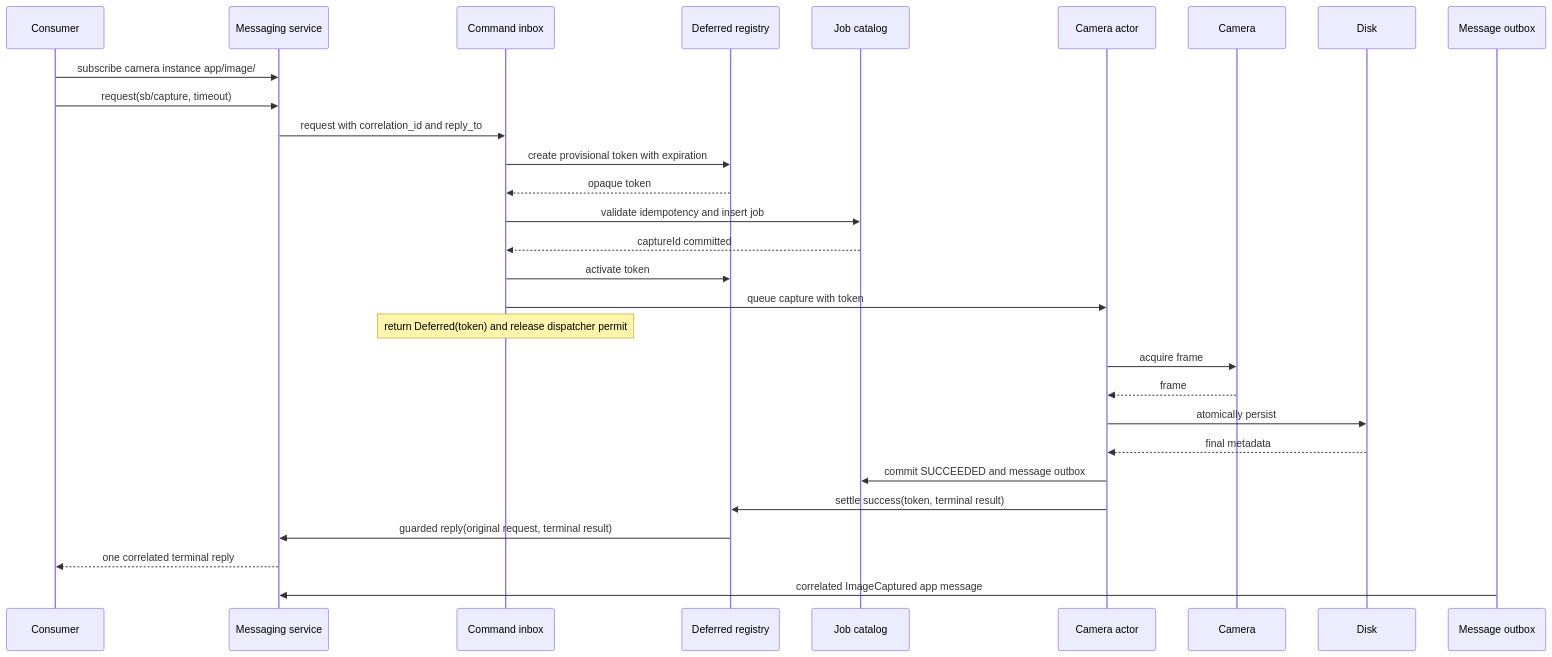
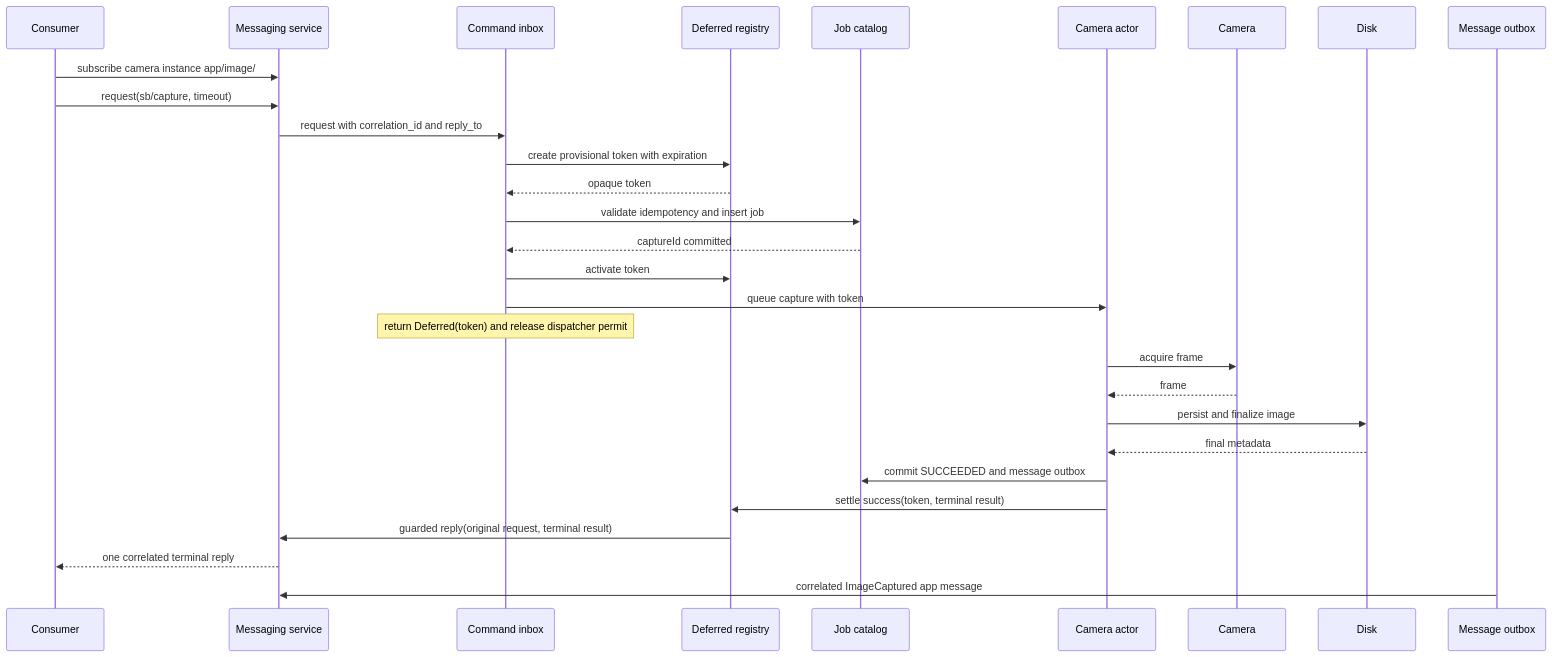
Before and after one commit to edgecommons/camera-adapter: the eighth of 15 diagrams in DESIGN.md, drawn with Mermaid. The commit also changed other lines of this file and 75 other files, not shown here.

````diff
--- a/DESIGN.md
+++ b/DESIGN.md
@@ -1605,32 +1610,32 @@
 ```mermaid
 sequenceDiagram
   participant Consumer
   participant Messaging as Messaging service
   participant Inbox as Command inbox
   participant Deferred as Deferred registry
   participant Catalog as Job catalog
   participant Worker as Camera actor
   participant Camera
   participant Disk
   participant Outbox as Message outbox
 
   Consumer->>Messaging: subscribe camera instance app/image/#
   Consumer->>Messaging: request(sb/capture, timeout)
   Messaging->>Inbox: request with correlation_id and reply_to
   Inbox->>Deferred: create provisional token with expiration
   Deferred-->>Inbox: opaque token
   Inbox->>Catalog: validate idempotency and insert job
   Catalog-->>Inbox: captureId committed
   Inbox->>Deferred: activate token
   Inbox->>Worker: queue capture with token
   Note over Inbox: return Deferred(token) and release dispatcher permit
   Worker->>Camera: acquire frame
   Camera-->>Worker: frame
-  Worker->>Disk: atomically persist
+  Worker->>Disk: persist and finalize image
   Disk-->>Worker: final metadata
   Worker->>Catalog: commit SUCCEEDED and message outbox
   Worker->>Deferred: settle success(token, terminal result)
   Deferred->>Messaging: guarded reply(original request, terminal result)
   Messaging-->>Consumer: one correlated terminal reply
   Outbox->>Messaging: correlated ImageCaptured app message
 ```
````
